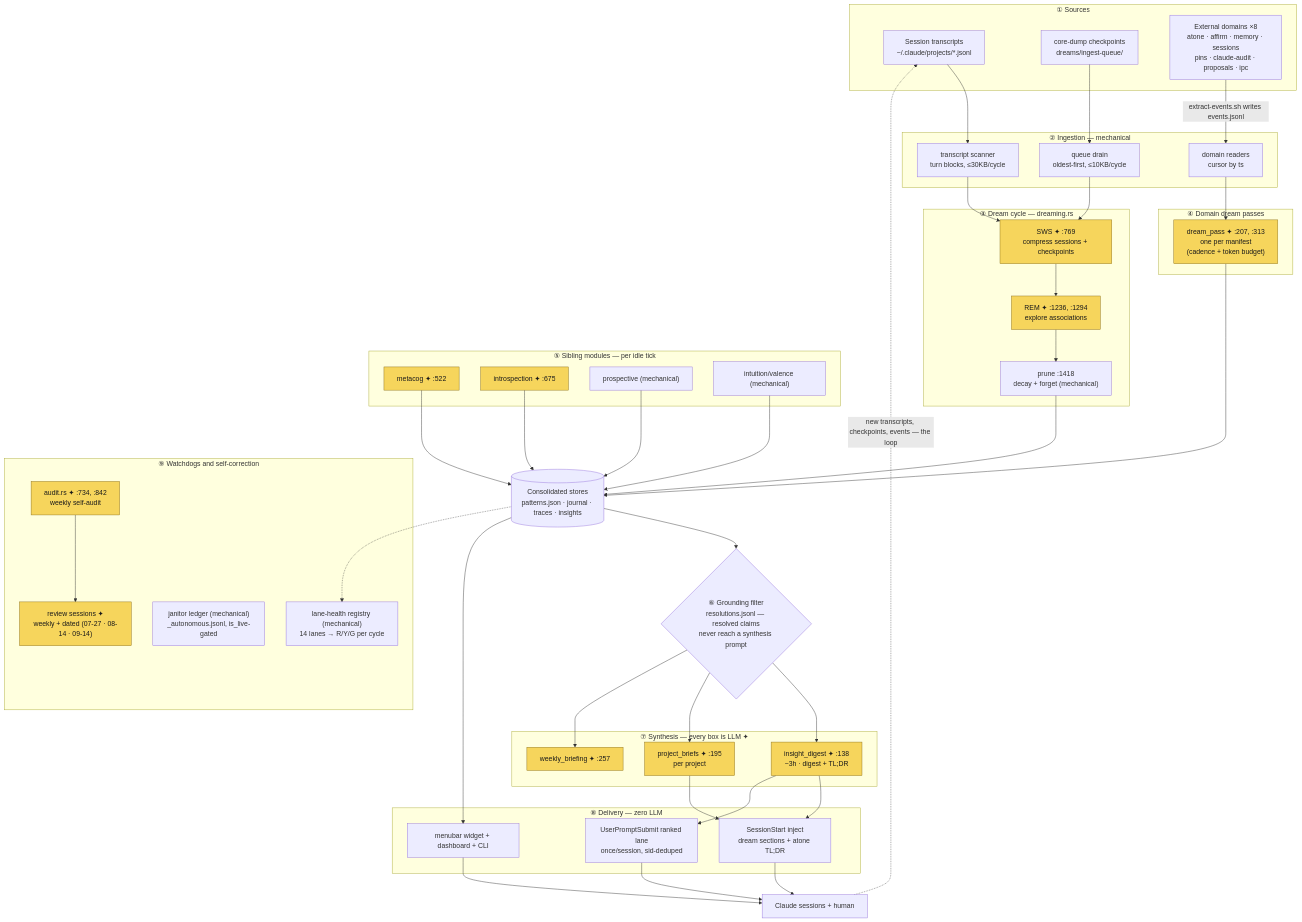
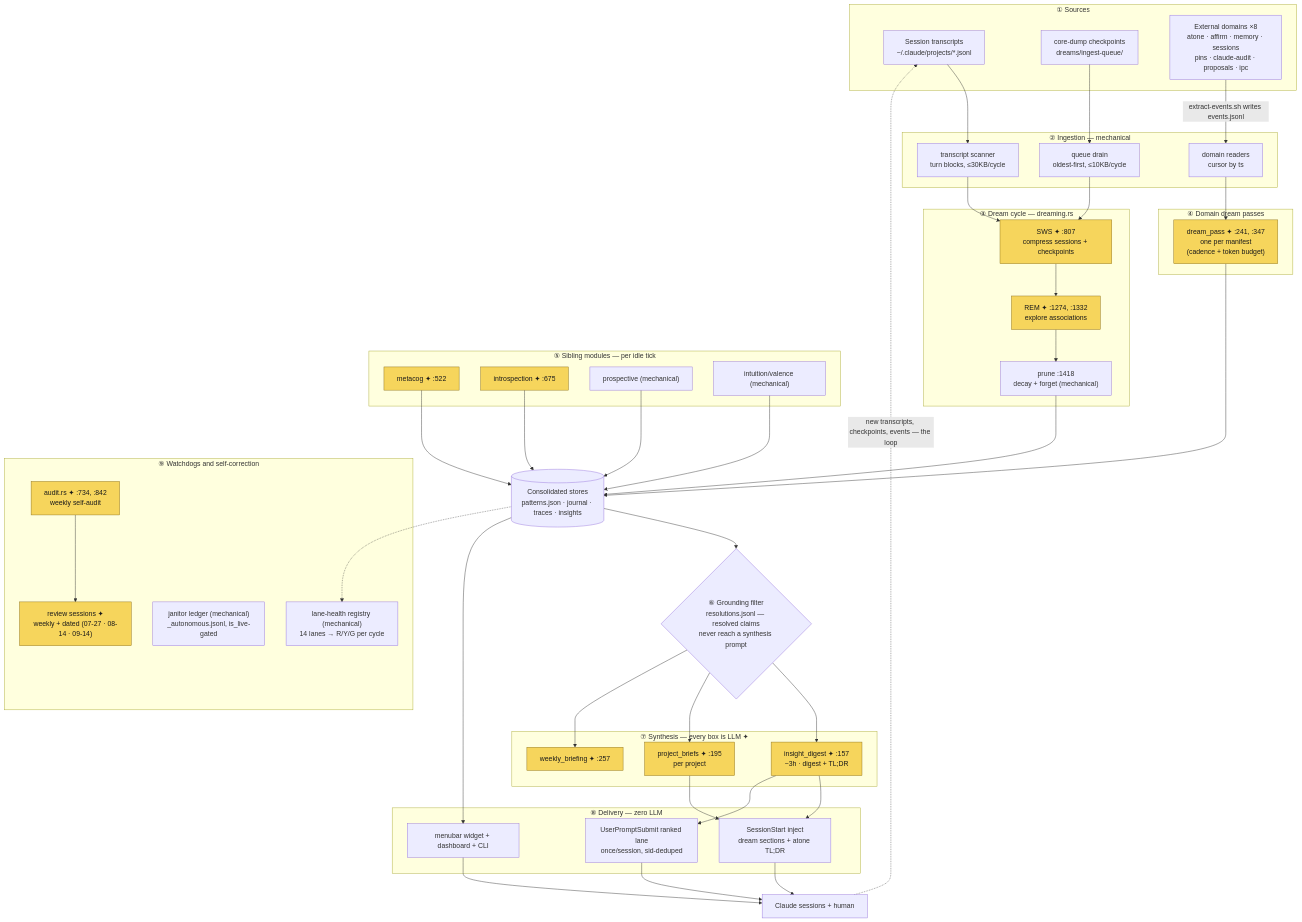
One commit to alcatraz627/i-dream changed the diagram in DIAGRAM.md. Above: the diagram before and after it, drawn with Mermaid. The commit also changed other lines of this file, not shown here.

Commit message:
docs: refresh DIAGRAM.md LLM call-site line cites after CLI verbosity work

```diff
--- a/DIAGRAM.md
+++ b/DIAGRAM.md
@@ -28,14 +28,14 @@
     ED -->|"extract-events.sh writes events.jsonl"| DR
 
     subgraph S3["③ Dream cycle — dreaming.rs"]
-        SWS["SWS ✦ :769<br/>compress sessions + checkpoints"]
-        REM["REM ✦ :1236, :1294<br/>explore associations"]
+        SWS["SWS ✦ :807<br/>compress sessions + checkpoints"]
+        REM["REM ✦ :1274, :1332<br/>explore associations"]
         PRU["prune :1418<br/>decay + forget (mechanical)"]
         SWS --> REM --> PRU
     end
 
     subgraph S4["④ Domain dream passes"]
-        DP["dream_pass ✦ :207, :313<br/>one per manifest<br/>(cadence + token budget)"]
+        DP["dream_pass ✦ :241, :347<br/>one per manifest<br/>(cadence + token budget)"]
     end
 
     subgraph S5["⑤ Sibling modules — per idle tick"]
@@ -61,7 +61,7 @@
     ST --> GR
 
     subgraph S7["⑦ Synthesis — every box is LLM ✦"]
-        DG["insight_digest ✦ :138<br/>~3h · digest + TL;DR"]
+        DG["insight_digest ✦ :157<br/>~3h · digest + TL;DR"]
         PB["project_briefs ✦ :195<br/>per project"]
         WB["weekly_briefing ✦ :257"]
     end
```
